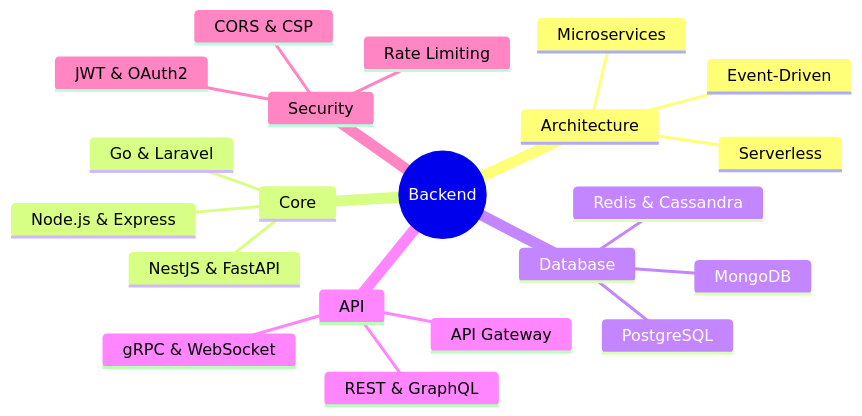
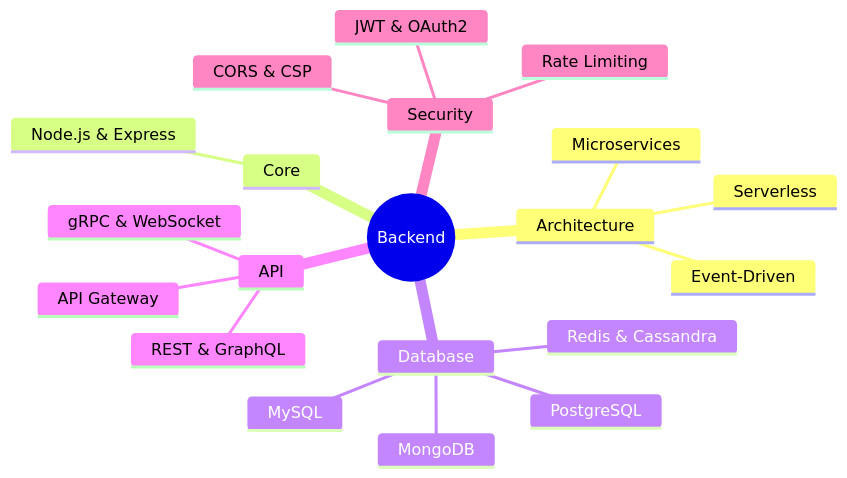
The second of 2 diagrams in README.md (decemberlnwza007/decemberlnwza007), drawn with Mermaid before and after one commit. The commit also changed other lines of this file, not shown here.

````diff
--- a/README.md
+++ b/README.md
@@ -127,24 +121,23 @@
 ```mermaid
 mindmap
     root((Backend))
         Architecture
             Microservices
             Event-Driven
             Serverless
         Core
             Node.js & Express
-            NestJS & FastAPI
-            Go & Laravel
         Database
             PostgreSQL
             MongoDB
+            MySQL
             Redis & Cassandra
         API
             REST & GraphQL
             gRPC & WebSocket
             API Gateway
         Security
             JWT & OAuth2
             Rate Limiting
             CORS & CSP
 ```
````
